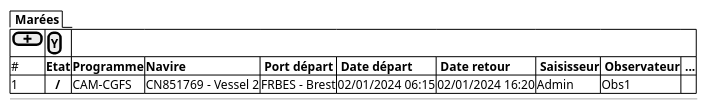
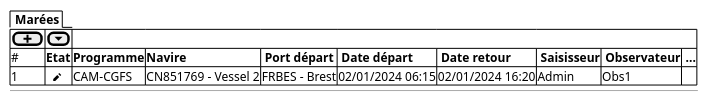
The diagram in projects/obsmer/spe/images/trips-table.puml (sumaris-net/sumaris-doc), drawn with PlantUML before and after one commit. The commit also changed 32 other files, not shown here.

```diff
--- a/projects/obsmer/spe/images/trips-table.puml
+++ b/projects/obsmer/spe/images/trips-table.puml
@@ -1,16 +1,16 @@
 @startsalt
 {
 
   {/ <b> Marées   }
 
 
 	{#
-      [ <&plus>] | [<b>Y]
+      [ <&plus>] | [<&caret-bottom>]
       # | <b>Etat | <b>Programme     | <b>Navire   | <b> Port départ | <b> Date départ | <b> Date retour | <b> Saisisseur |<b> Observateur | <b> ...
-      1 | <b>   / | CAM-CGFS         | CN851769 - Vessel 2 | FRBES - Brest | 02/01/2024 06:15 | 02/01/2024 16:20 | Admin | Obs1 |
+      1 | <b>  <&pencil> | CAM-CGFS         | CN851769 - Vessel 2 | FRBES - Brest | 02/01/2024 06:15 | 02/01/2024 16:20 | Admin | Obs1 |
     }
 
   --
 
 }
 @endsalt
```
